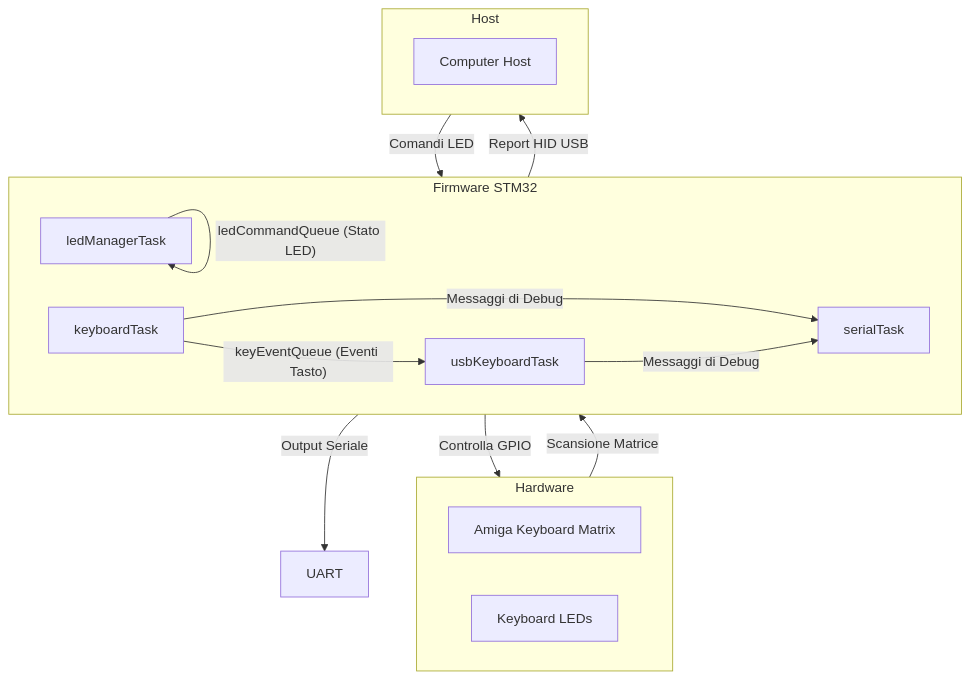
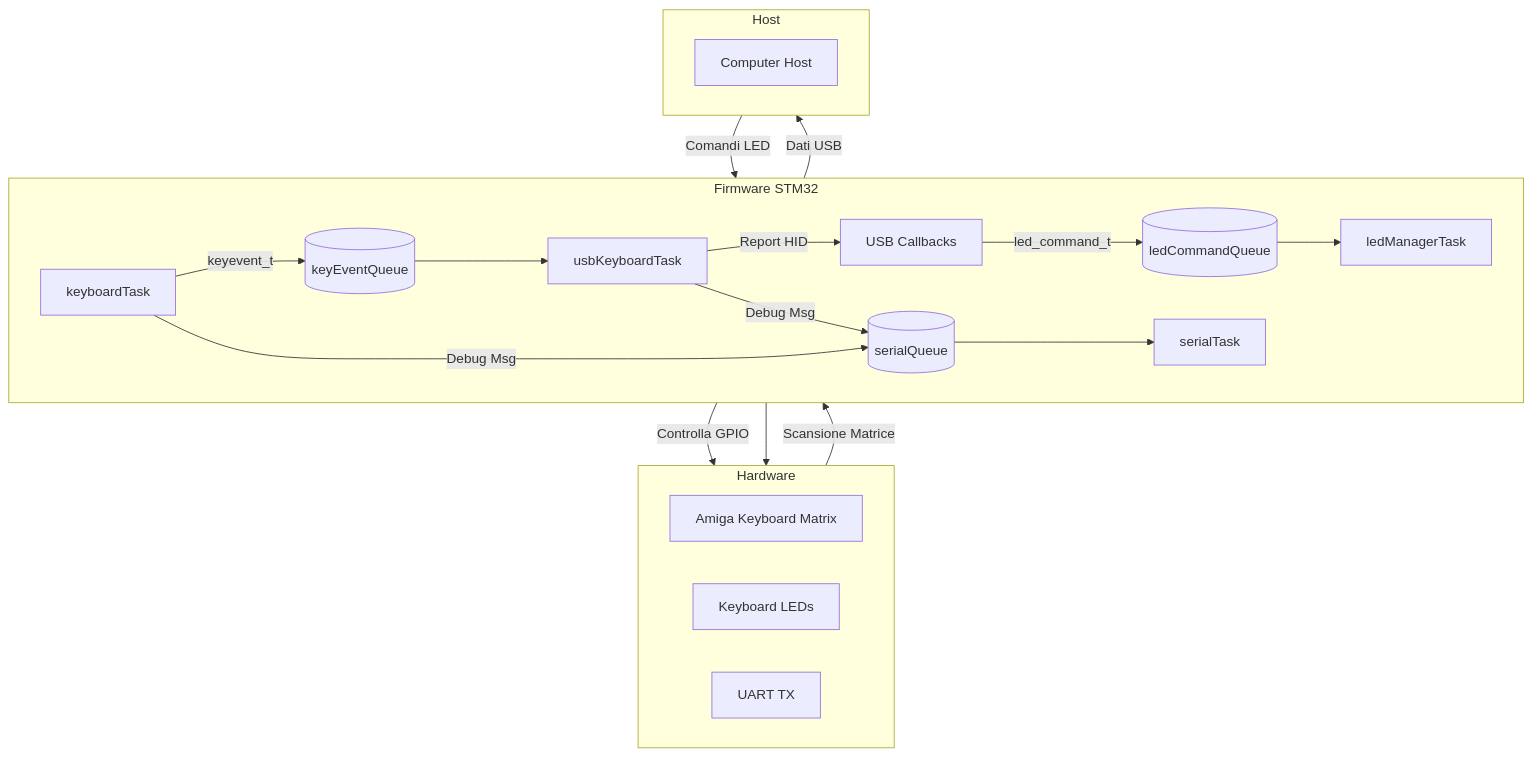
Before and after one commit to gianlucarenzi/A1200KB: the first of 2 diagrams in amiga_usb_mx/README.md, drawn with Mermaid. The commit also changed other lines of this file, not shown here.

````diff
--- a/amiga_usb_mx/README.md
+++ b/amiga_usb_mx/README.md
@@ -23,32 +23,42 @@
 ```mermaid
 graph TD
-    subgraph Firmware STM32
+    subgraph "Firmware STM32"
         direction LR
         KT[keyboardTask]
         UKT[usbKeyboardTask]
         LMT[ledManagerTask]
         ST[serialTask]
+        KEQ[("keyEventQueue")]
+        LCQ[("ledCommandQueue")]
+        SQ[("serialQueue")]
+        USB_CB["USB Callbacks"]
     end
 
     subgraph Hardware
         direction LR
         KM[Amiga Keyboard Matrix]
         LEDs[Keyboard LEDs]
+        UART_HW[UART TX]
     end
 
     subgraph Host
         direction LR
         USB_HOST[Computer Host]
     end
 
-    KM -- Scansione Matrice --> KT
-    KT -- "keyEventQueue (Eventi Tasto)" --> UKT
-    UKT -- "Report HID USB" --> USB_HOST
-    USB_HOST -- "Comandi LED" --> LMT
-    LMT -- "ledCommandQueue (Stato LED)" --> LMT
-    LMT -- Controlla GPIO --> LEDs
-    KT -- "Messaggi di Debug" --> ST
-    UKT -- "Messaggi di Debug" --> ST
-    ST -- "Output Seriale" --> UART
+    KM -- "Scansione Matrice" --> KT
+    KT -- "keyevent_t" --> KEQ
+    KEQ --> UKT
+    UKT -- "Report HID" --> USB_CB
+    USB_CB -- "Dati USB" --> USB_HOST
 
+    USB_HOST -- "Comandi LED" --> USB_CB
+    USB_CB -- "led_command_t" --> LCQ
+    LCQ --> LMT
+    LMT -- "Controlla GPIO" --> LEDs
+
+    KT -- "Debug Msg" --> SQ
+    UKT -- "Debug Msg" --> SQ
+    SQ --> ST
+    ST --> UART_HW
 ```
````
